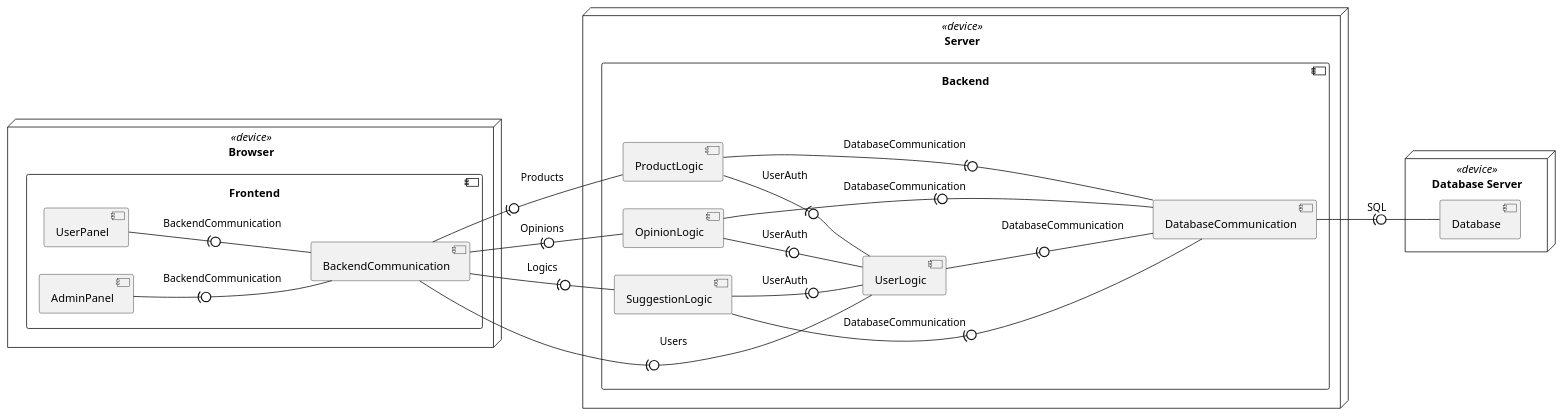
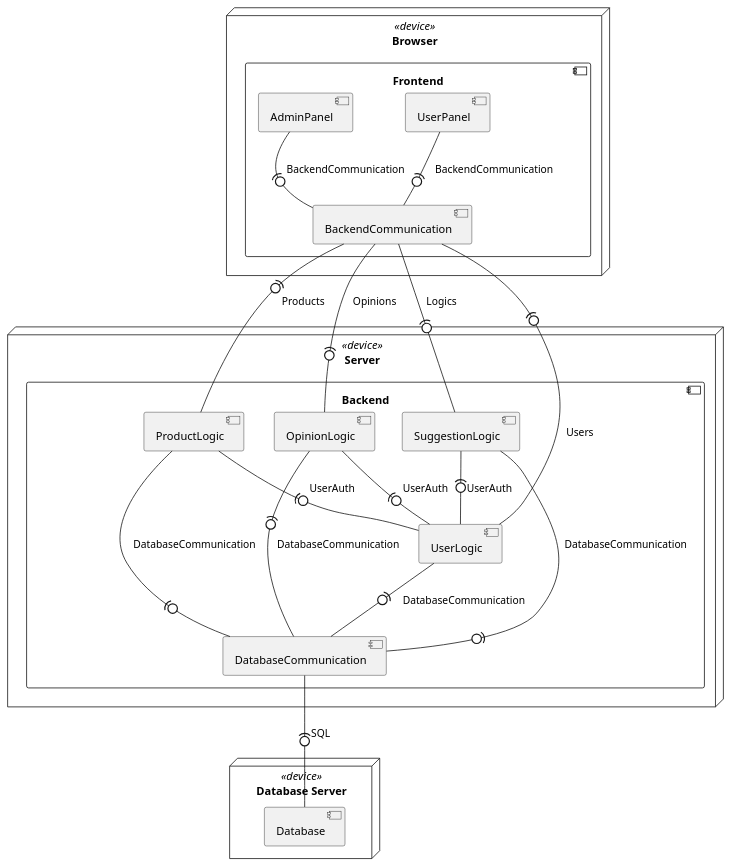
The second of 5 diagrams in README.md (RadekBucki/OpinionCollectorArchitecture), drawn with PlantUML before and after one commit. The commit also changed 2 other files, not shown here.

Commit message:
Small fixes

````diff
--- a/README.md
+++ b/README.md
@@ -60,56 +60,55 @@
 ```plantuml
 @startuml
-left to right direction
 
 node "Database Server" <<device>> as database {
     component Database
 }
 node Server <<device>> as server {
     component Backend {
         component UserLogic {
         }
         component ProductLogic {
         }
         component OpinionLogic {
         }
         component SuggestionLogic {
         }
         
         component DatabaseCommunication {
         }
     }
 }
 node Browser <<device>> as browser {
     component Frontend {
         component UserPanel {
         }
         
         component AdminPanel {
         }
         
         component BackendCommunication {
         }
     }
 }
 
 DatabaseCommunication -(0- Database: SQL
 
 UserLogic             -(0- DatabaseCommunication : DatabaseCommunication
 ProductLogic          -(0- DatabaseCommunication : DatabaseCommunication
 OpinionLogic          -(0- DatabaseCommunication : DatabaseCommunication
 SuggestionLogic       -(0- DatabaseCommunication : DatabaseCommunication
 
 BackendCommunication  -(0- UserLogic       : Users
 BackendCommunication  -(0- ProductLogic    : Products
 BackendCommunication  -(0- OpinionLogic    : Opinions
 BackendCommunication  -(0- SuggestionLogic : Logics
 
 ProductLogic          -(0- UserLogic : UserAuth
 OpinionLogic          -(0- UserLogic : UserAuth
 SuggestionLogic       -(0- UserLogic : UserAuth
 
 UserPanel             -(0- BackendCommunication : BackendCommunication
 AdminPanel            -(0- BackendCommunication : BackendCommunication
 
 @enduml 
 ```
````
